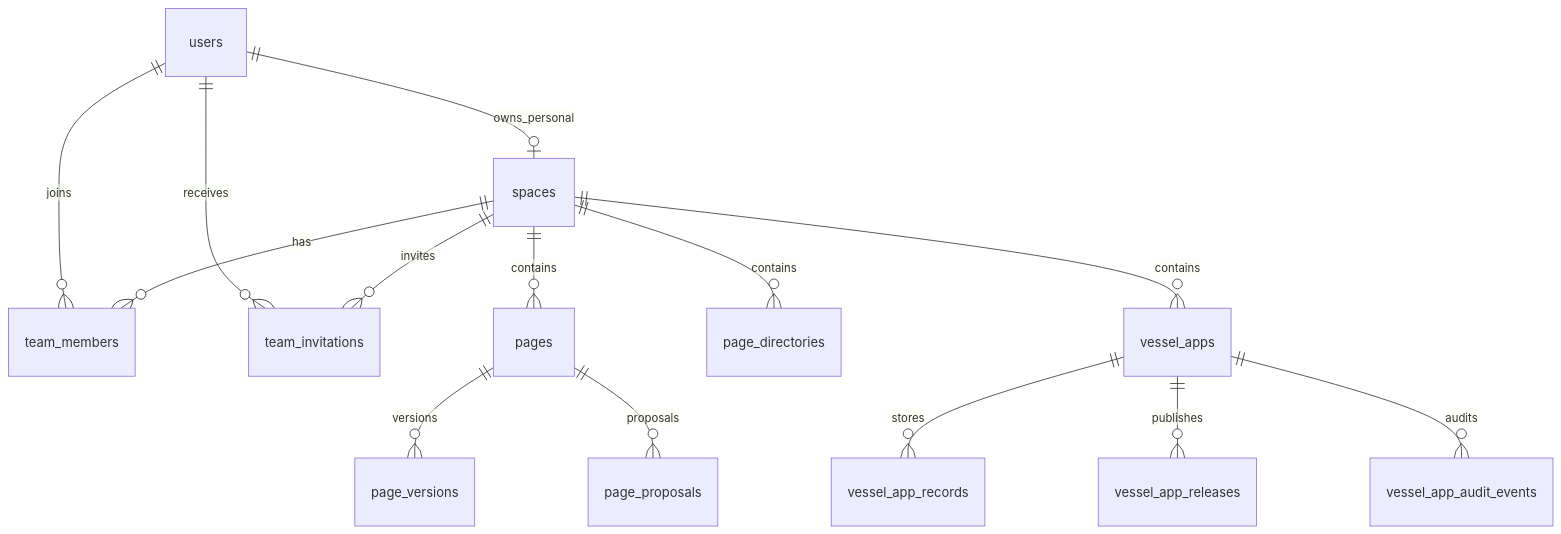
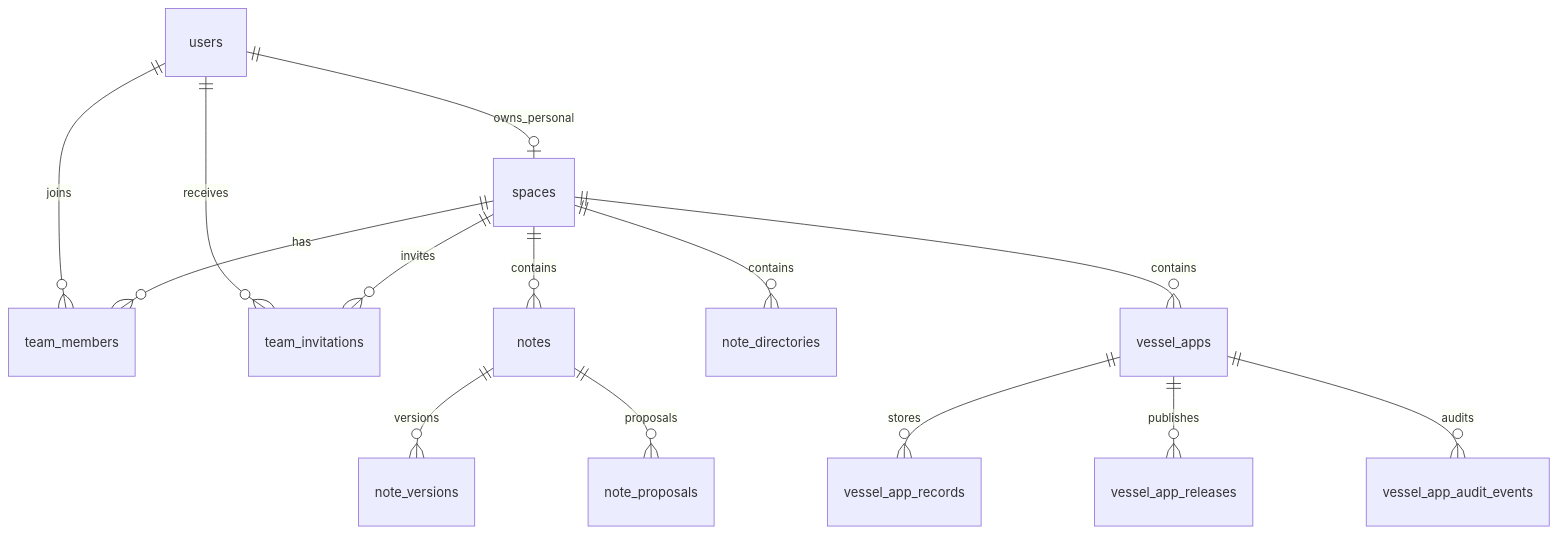
One commit to brightman/vessel changed the diagram in docs/db-schema.md. Above: the diagram before and after it, drawn with Mermaid. The commit also changed other lines of this file and 778 other files, not shown here.

````diff
--- a/docs/db-schema.md
+++ b/docs/db-schema.md
@@ -11,16 +11,16 @@
 ```mermaid
 erDiagram
   users ||--o| spaces : owns_personal
   users ||--o{ team_members : joins
   spaces ||--o{ team_members : has
   users ||--o{ team_invitations : receives
   spaces ||--o{ team_invitations : invites
-  spaces ||--o{ pages : contains
-  spaces ||--o{ page_directories : contains
+  spaces ||--o{ notes : contains
+  spaces ||--o{ note_directories : contains
   spaces ||--o{ vessel_apps : contains
   vessel_apps ||--o{ vessel_app_records : stores
   vessel_apps ||--o{ vessel_app_releases : publishes
   vessel_apps ||--o{ vessel_app_audit_events : audits
-  pages ||--o{ page_versions : versions
-  pages ||--o{ page_proposals : proposals
+  notes ||--o{ note_versions : versions
+  notes ||--o{ note_proposals : proposals
 ```
````
